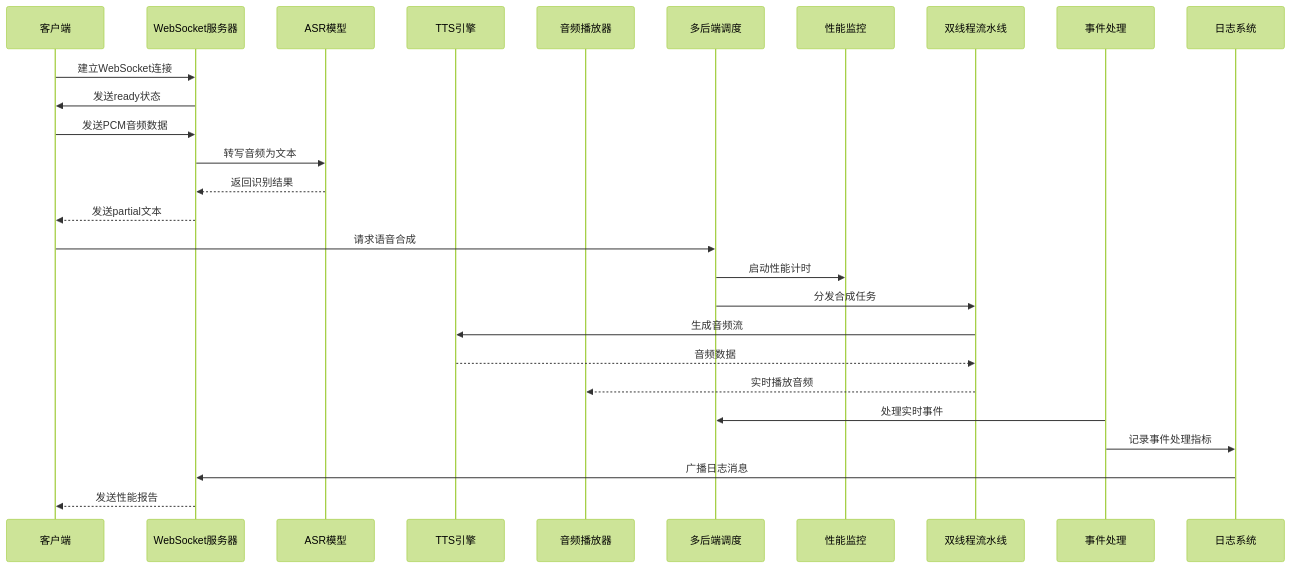
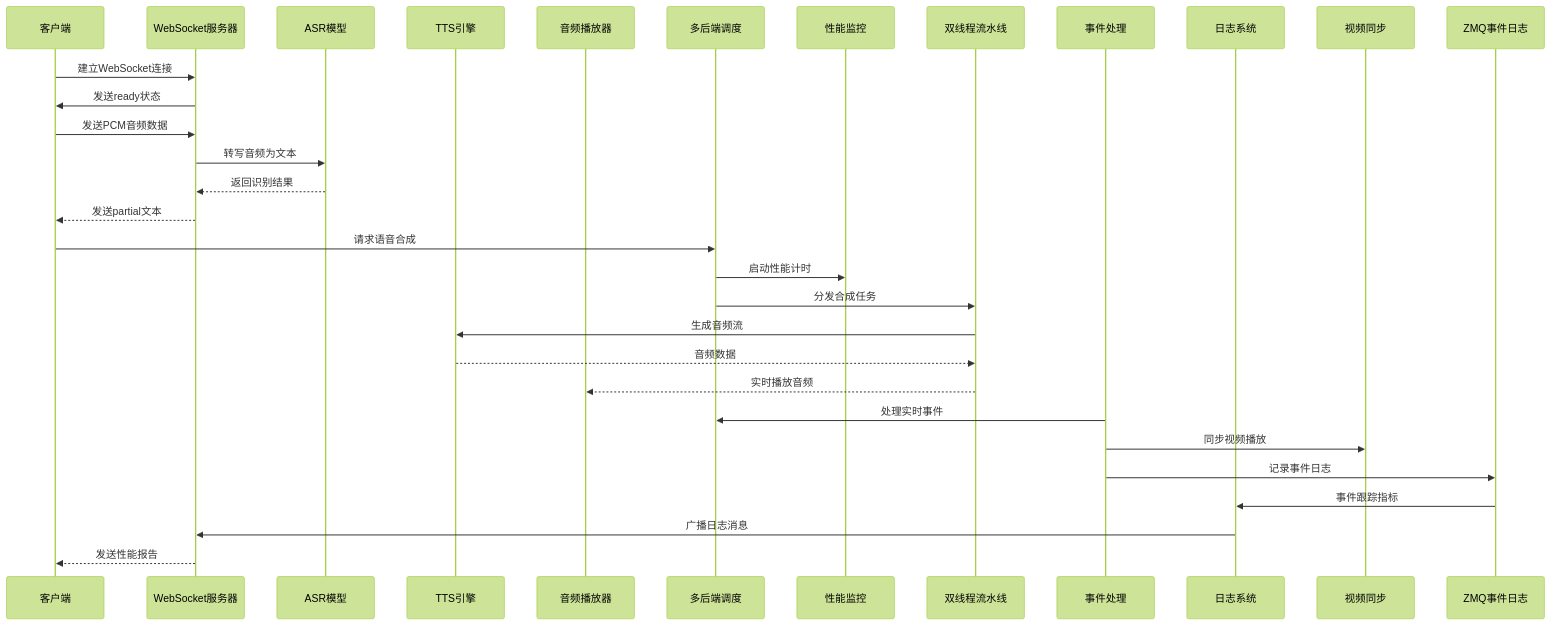
One commit to 1024dashen/Vue3Speech changed the tenth of 28 diagrams in .qoder/repowiki/zh/content/语音合成服务/实时TTS合成.md. Above: the diagram before and after it, drawn with Mermaid (forest theme). The commit also changed other lines of this file and 9 other files, not shown here.

````diff
--- a/.qoder/repowiki/zh/content/语音合成服务/实时TTS合成.md
+++ b/.qoder/repowiki/zh/content/语音合成服务/实时TTS合成.md
@@ -326,29 +439,33 @@
 ```mermaid
 sequenceDiagram
 participant Client as 客户端
 participant WebSocket as WebSocket服务器
 participant ASR as ASR模型
 participant TTS as TTS引擎
 participant Audio as 音频播放器
 participant Backend as 多后端调度
 participant Monitor as 性能监控
 participant Threads as 双线程流水线
 participant Events as 事件处理
 participant LogSystem as 日志系统
+participant VideoSync as 视频同步
+participant ZMQEvents as ZMQ事件日志
 Client->>WebSocket : 建立WebSocket连接
 WebSocket->>Client : 发送ready状态
 Client->>WebSocket : 发送PCM音频数据
 WebSocket->>ASR : 转写音频为文本
 ASR-->>WebSocket : 返回识别结果
 WebSocket-->>Client : 发送partial文本
 Client->>Backend : 请求语音合成
 Backend->>Monitor : 启动性能计时
 Backend->>Threads : 分发合成任务
 Threads->>TTS : 生成音频流
 TTS-->>Threads : 音频数据
 Threads-->>Audio : 实时播放音频
 Events->>Backend : 处理实时事件
-Events->>LogSystem : 记录事件处理指标
+Events->>VideoSync : 同步视频播放
+Events->>ZMQEvents : 记录事件日志
+ZMQEvents->>LogSystem : 事件跟踪指标
 LogSystem->>WebSocket : 广播日志消息
 WebSocket-->>Client : 发送性能报告
 ```
````
